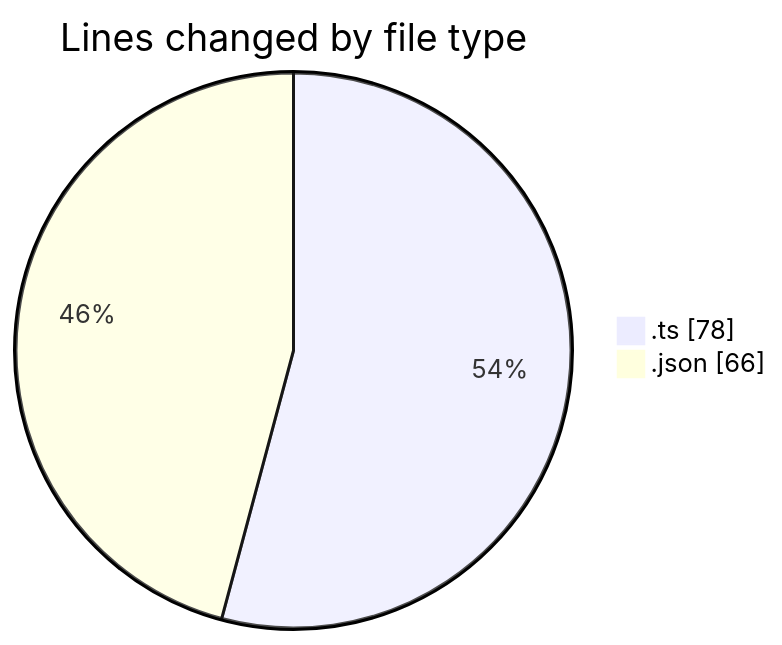
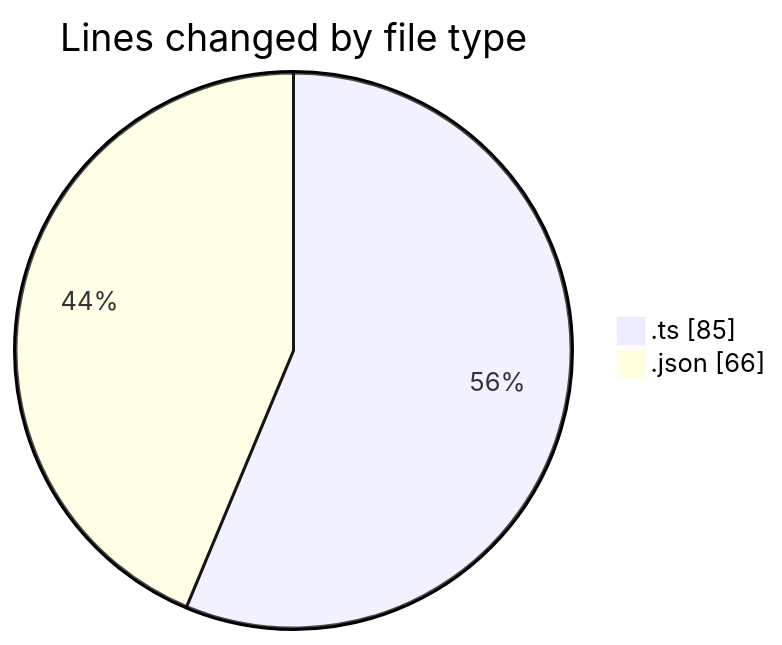
Before and after one commit to tmsrecording-cyber/code-tracking: the first of 2 diagrams in 2026-02-05/singularitybrainai/README.md, drawn with Mermaid. The commit also changed other lines of this file and 1 other file, not shown here.

````diff
--- a/2026-02-05/singularitybrainai/README.md
+++ b/2026-02-05/singularitybrainai/README.md
@@ -21,6 +21,6 @@
 ```mermaid
 pie showData
 title Lines changed by file type
-".ts" : 78
+".ts" : 85
 ".json" : 66
 ```
````
